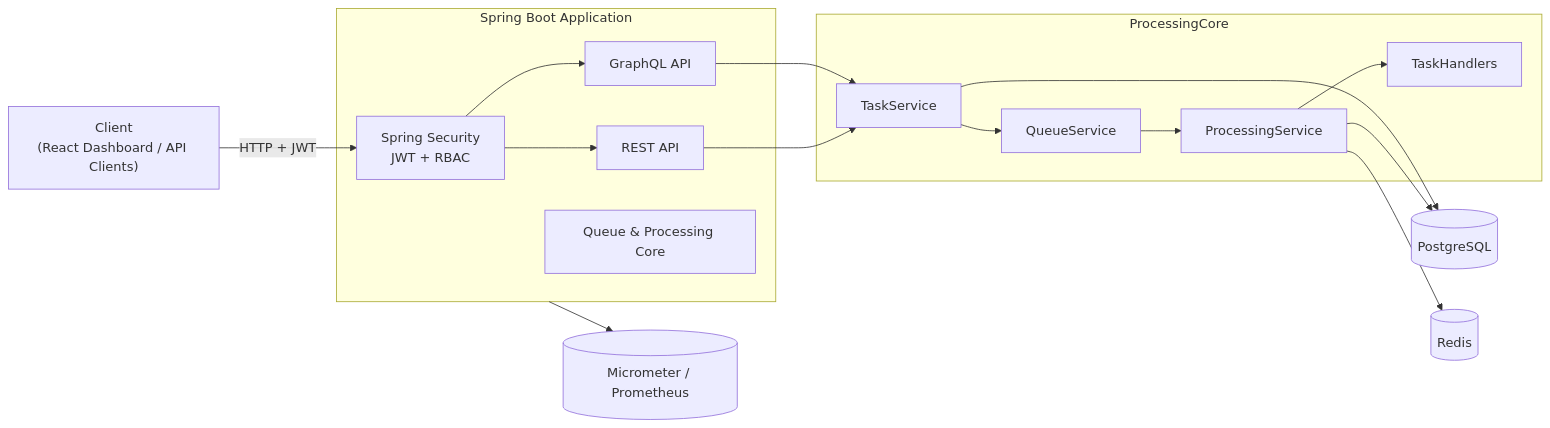
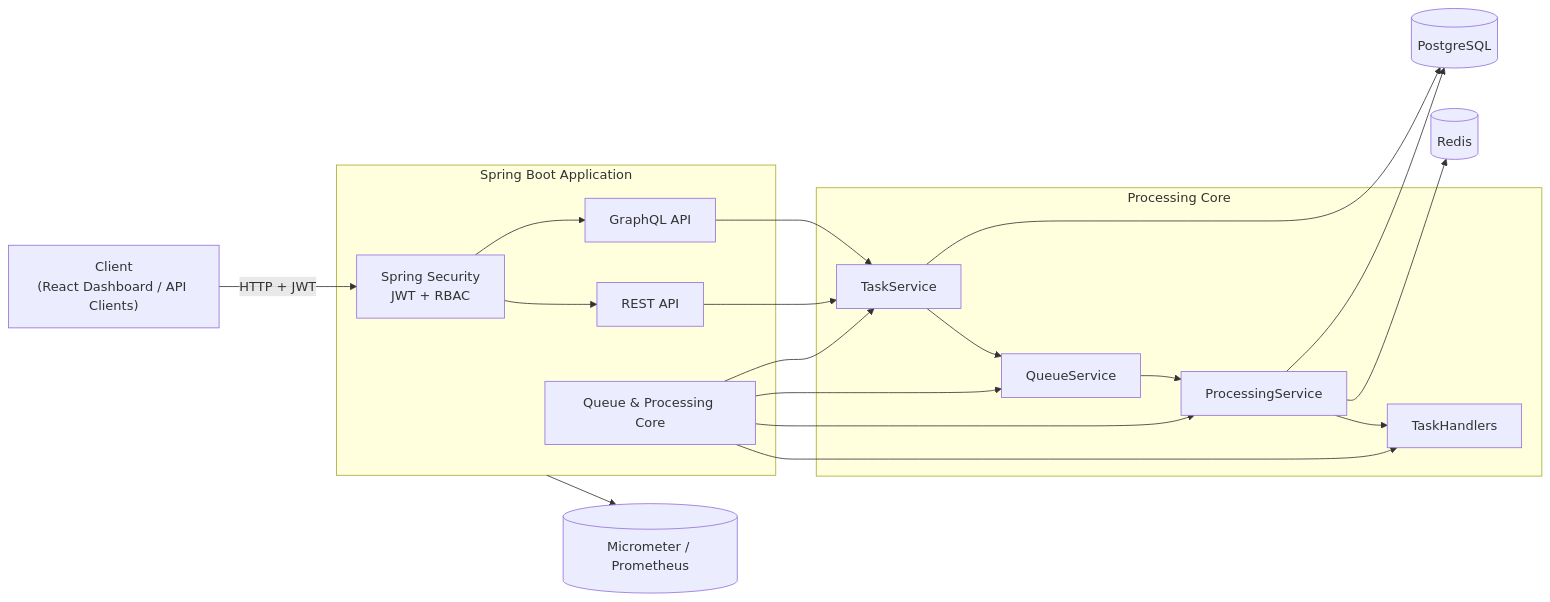
One commit to timan-z/SpringQueuePro changed the first of 6 diagrams in README.md. Above: the diagram before and after it, drawn with Mermaid. The commit also changed other lines of this file, not shown here.

````diff
--- a/README.md
+++ b/README.md
@@ -67,40 +82,44 @@
 ```mermaid
 flowchart LR
     Client["Client\n(React Dashboard / API Clients)"]
 
     subgraph API[Spring Boot Application]
         Auth["Spring Security\nJWT + RBAC"]
         GQL[GraphQL API]
         REST[REST API]
-
         CoreNode[Queue & Processing Core]
     end
 
-    subgraph ProcessingCore
+    subgraph ProcessingCore["Processing Core"]
         TS[TaskService]
         QS[QueueService]
         PS[ProcessingService]
         H[TaskHandlers]
     end
 
     DB[(PostgreSQL)]
     Redis[(Redis)]
     Metrics[(Micrometer / Prometheus)]
 
     Client -->|HTTP + JWT| Auth
     Auth --> GQL
     Auth --> REST
 
     GQL --> TS
     REST --> TS
 
     TS --> DB
     TS --> QS
 
     QS --> PS
     PS --> DB
     PS --> Redis
     PS --> H
 
+    CoreNode --> TS
+    CoreNode --> QS
+    CoreNode --> PS
+    CoreNode --> H
+
     API --> Metrics
 ```
````
